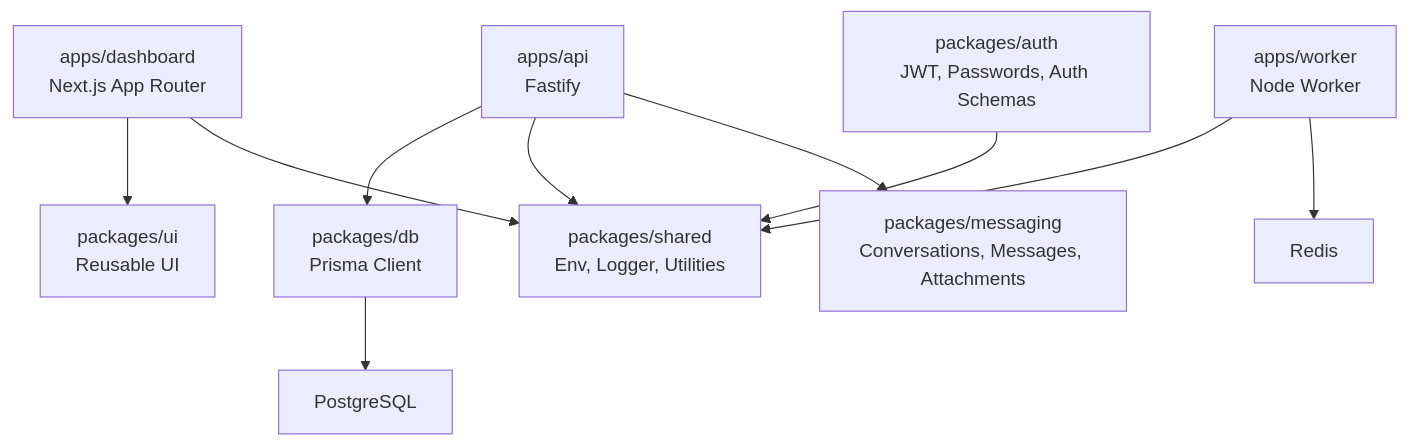
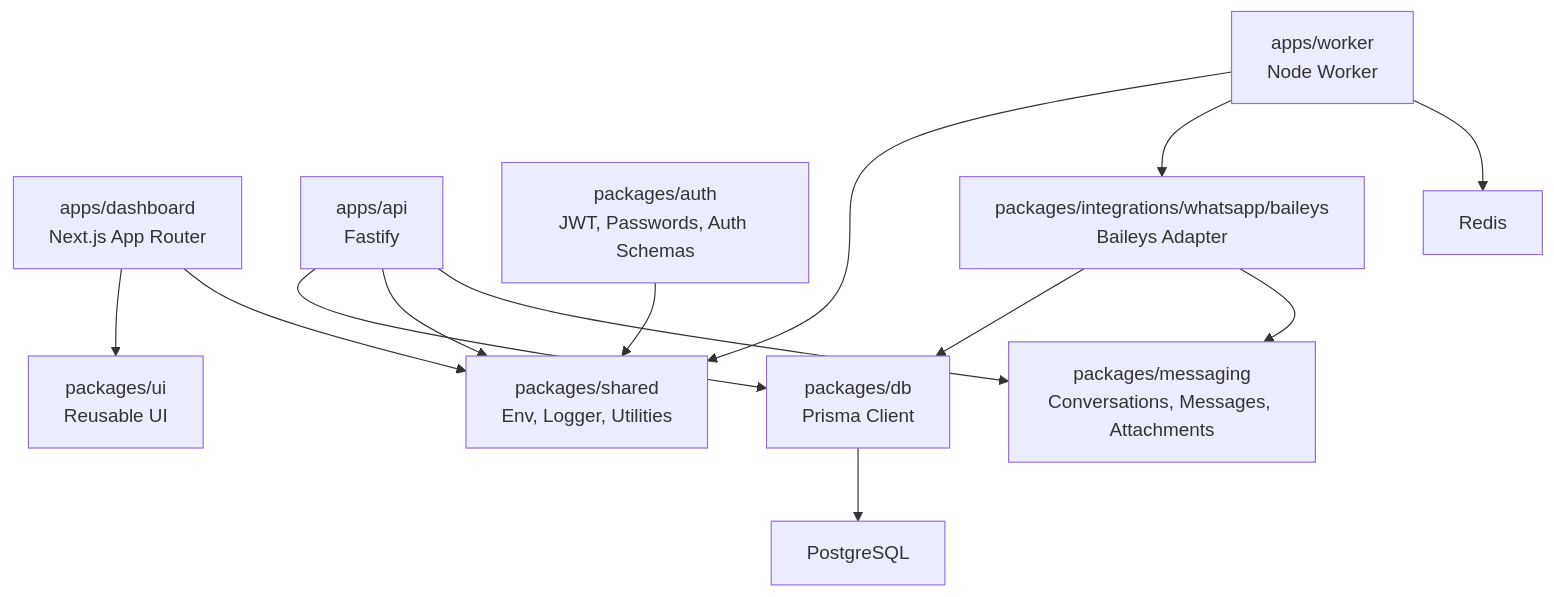
One commit to premhiru/fieldos changed the diagram in README.md. Above: the diagram before and after it, drawn with Mermaid. The commit also changed other lines of this file and 32 other files, not shown here.

Commit message:
feat: add Baileys WhatsApp connector

````diff
--- a/README.md
+++ b/README.md
@@ -33,23 +33,27 @@
 ```mermaid
 flowchart TD
   Dashboard["apps/dashboard\nNext.js App Router"]
   API["apps/api\nFastify"]
   Worker["apps/worker\nNode Worker"]
   UI["packages/ui\nReusable UI"]
   DB["packages/db\nPrisma Client"]
   Shared["packages/shared\nEnv, Logger, Utilities"]
   Auth["packages/auth\nJWT, Passwords, Auth Schemas"]
   Messaging["packages/messaging\nConversations, Messages, Attachments"]
+  WhatsApp["packages/integrations/whatsapp/baileys\nBaileys Adapter"]
   Postgres["PostgreSQL"]
   Redis["Redis"]
 
   Dashboard --> UI
   Dashboard --> Shared
   API --> DB
   API --> Shared
   API --> Messaging
   Worker --> Shared
+  Worker --> WhatsApp
+  WhatsApp --> DB
+  WhatsApp --> Messaging
   Worker --> Redis
   DB --> Postgres
   Auth --> Shared
 ```
````
